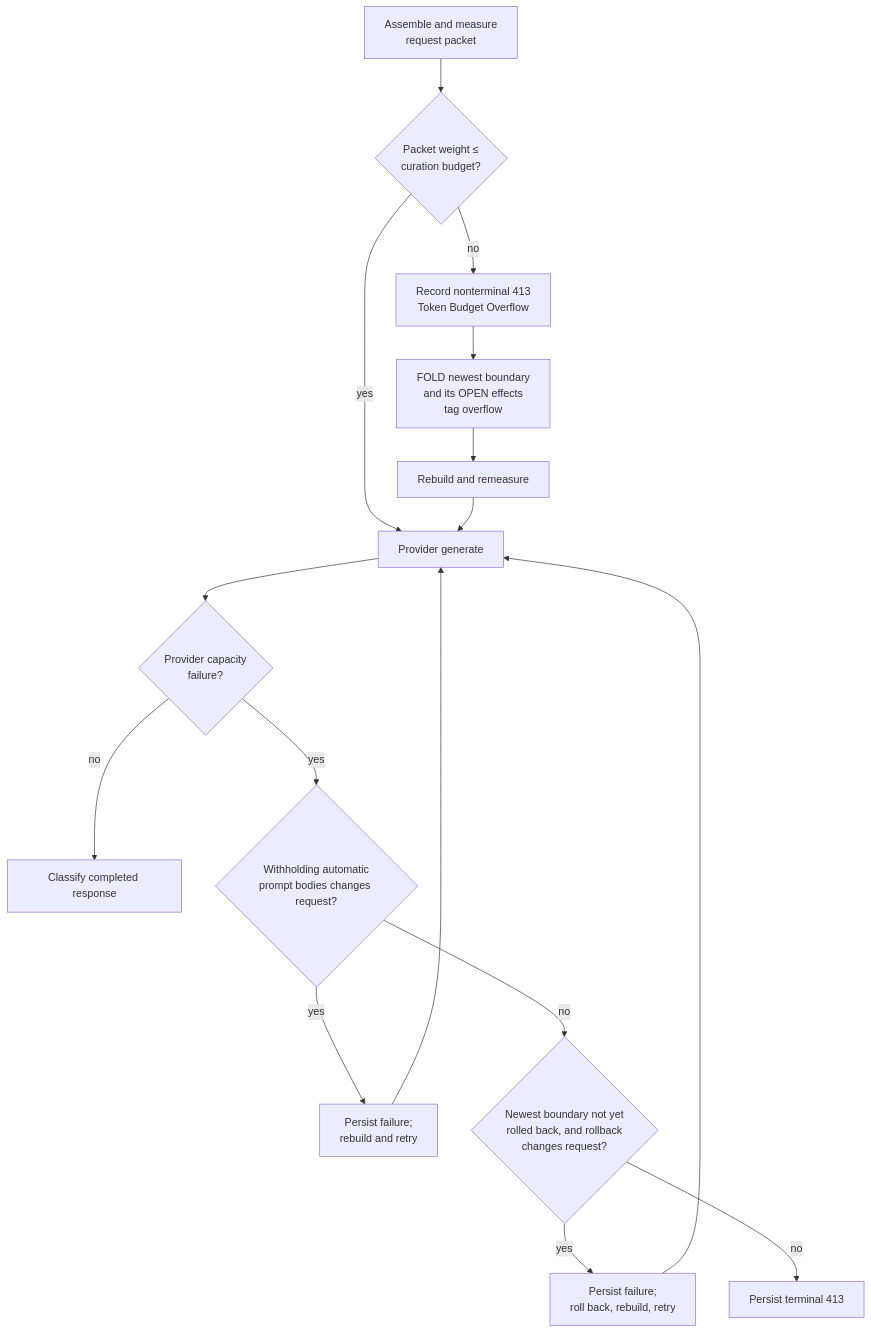
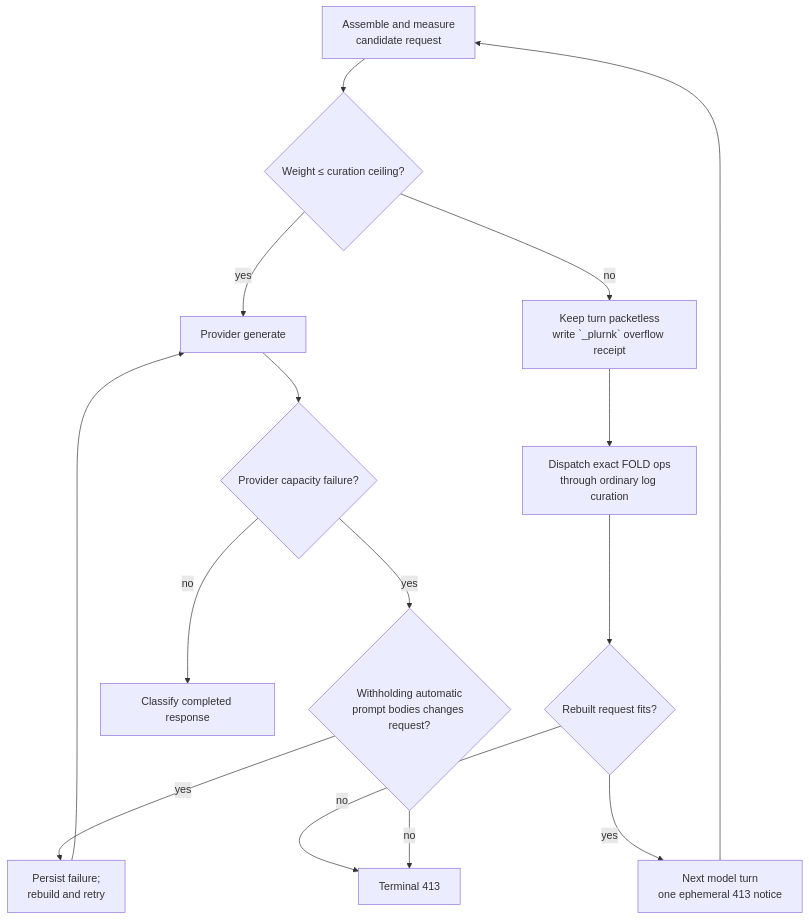
Before and after one commit to plurnk/plurnk-service: diagram 17 of 20 in plurnk-core/SPEC.md, drawn with Mermaid. The commit also changed other lines of this file and 83 other files, not shown here.

````diff
--- a/plurnk-core/SPEC.md
+++ b/plurnk-core/SPEC.md
@@ -2831,18 +2834,17 @@
 ```mermaid
 flowchart TD
-    assemble["Assemble and measure<br/>request packet"] --> policy{"Packet weight ≤<br/>curation budget?"}
-    policy -->|yes| generate["Provider generate"]
-    policy -->|no| problem["Record nonterminal 413<br/>Token Budget Overflow"]
-    problem --> fold["FOLD newest boundary<br/>and its OPEN effects<br/>tag overflow"]
-    fold --> rebuild["Rebuild and remeasure"]
-    rebuild --> generate
-    generate --> capacity{"Provider capacity<br/>failure?"}
+    assemble["Assemble and measure<br/>candidate request"] --> budget{"Weight ≤ curation ceiling?"}
+    budget -->|yes| generate["Provider generate"]
+    budget -->|no| recover["Keep turn packetless<br/>write `_plurnk` overflow receipt"]
+    recover --> fold["Dispatch exact FOLD ops<br/>through ordinary log curation"]
+    fold --> verify{"Rebuilt request fits?"}
+    verify -->|yes| next["Next model turn<br/>one ephemeral 413 notice"]
+    verify -->|no| stop["Terminal 413"]
+    next --> assemble
+    generate --> capacity{"Provider capacity failure?"}
     capacity -->|no| response["Classify completed response"]
     capacity -->|yes| prompt{"Withholding automatic<br/>prompt bodies changes request?"}
-    prompt -->|yes| retryPrompt["Persist failure;<br/>rebuild and retry"]
-    retryPrompt --> generate
-    prompt -->|no| boundary{"Newest boundary not yet<br/>rolled back, and rollback<br/>changes request?"}
-    boundary -->|yes| retryBoundary["Persist failure;<br/>roll back, rebuild, retry"]
-    retryBoundary --> generate
-    boundary -->|no| stop["Persist terminal 413"]
+    prompt -->|yes| retry["Persist failure;<br/>rebuild and retry"]
+    retry --> generate
+    prompt -->|no| stop
 ```
````
